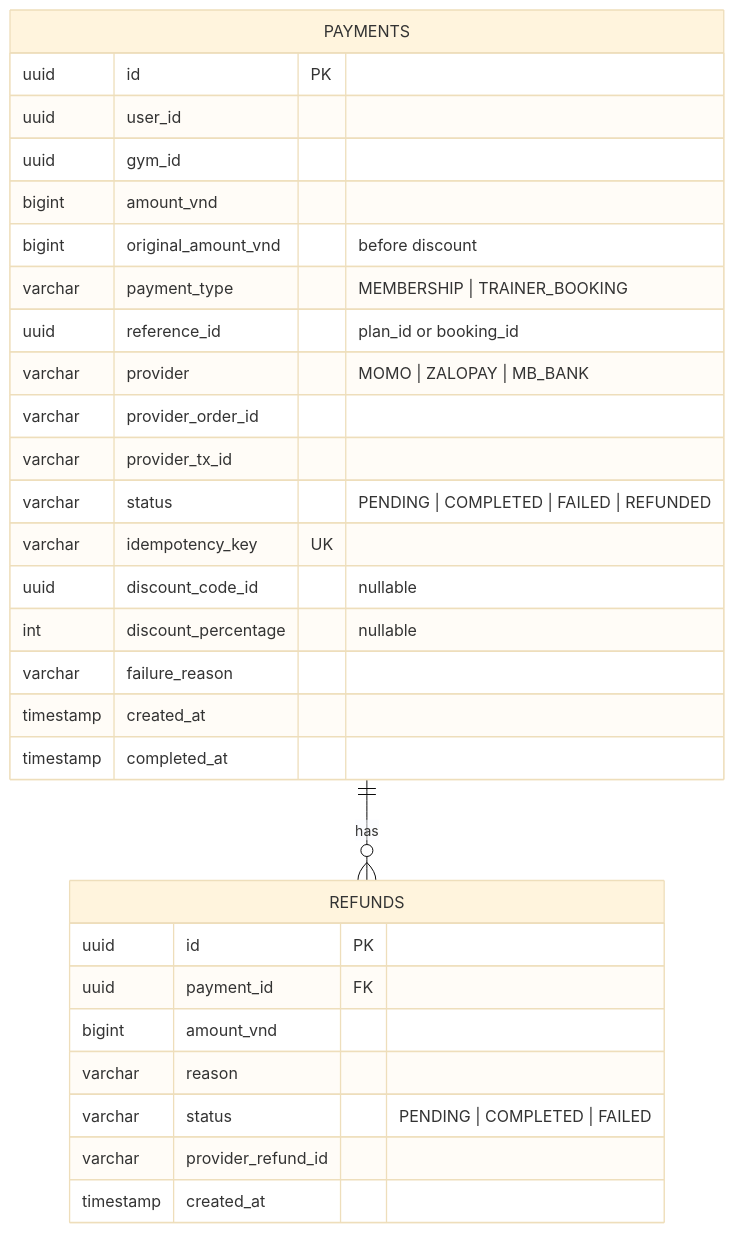
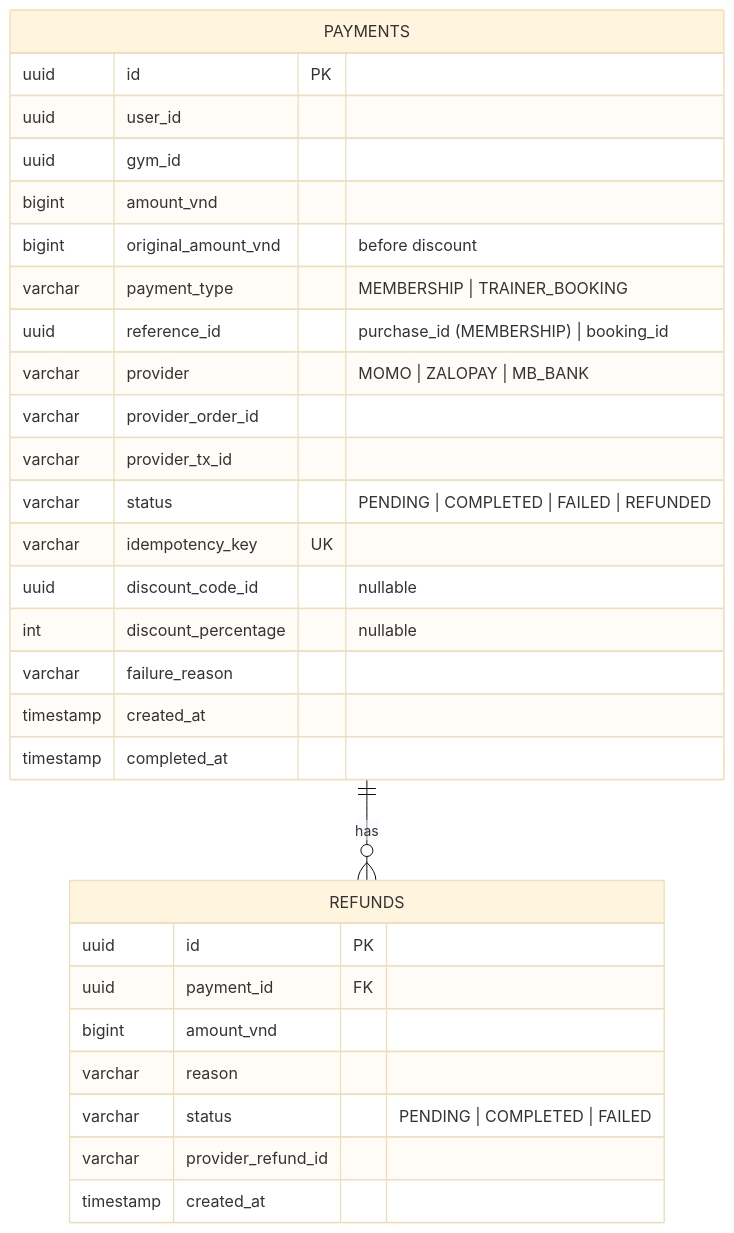
Before and after one commit to pploc/gym-architect: the second of 2 diagrams in services/03-ms-gym-payment.md, drawn with Mermaid (base theme). The commit also changed other lines of this file and 4 other files, not shown here.

````diff
--- a/services/03-ms-gym-payment.md
+++ b/services/03-ms-gym-payment.md
@@ -60,34 +60,34 @@
 ```mermaid
 erDiagram
     PAYMENTS {
         uuid id PK
         uuid user_id
         uuid gym_id
         bigint amount_vnd
         bigint original_amount_vnd "before discount"
         varchar payment_type "MEMBERSHIP | TRAINER_BOOKING"
-        uuid reference_id "plan_id or booking_id"
+        uuid reference_id "purchase_id (MEMBERSHIP) | booking_id"
         varchar provider "MOMO | ZALOPAY | MB_BANK"
         varchar provider_order_id
         varchar provider_tx_id
         varchar status "PENDING | COMPLETED | FAILED | REFUNDED"
         varchar idempotency_key UK
         uuid discount_code_id "nullable"
         int discount_percentage "nullable"
         varchar failure_reason
         timestamp created_at
         timestamp completed_at
     }
 
     REFUNDS {
         uuid id PK
         uuid payment_id FK
         bigint amount_vnd
         varchar reason
         varchar status "PENDING | COMPLETED | FAILED"
         varchar provider_refund_id
         timestamp created_at
     }
 
     PAYMENTS ||--o{ REFUNDS : "has"
 ```
````
